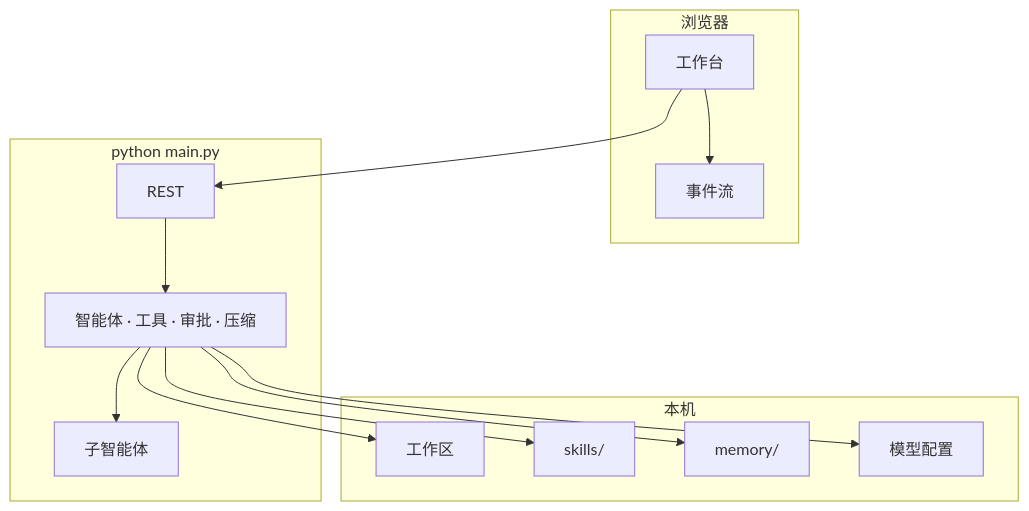
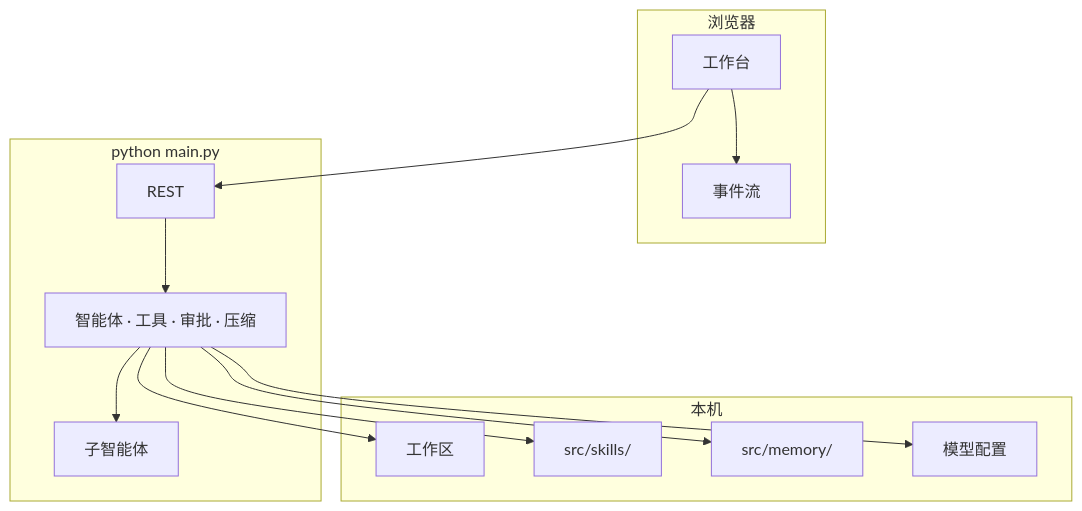
The diagram in README.md (GQQI/Sidekick), drawn with Mermaid before and after one commit. The commit also changed other lines of this file and 9 other files, not shown here.

````diff
--- a/README.md
+++ b/README.md
@@ -96,26 +96,26 @@
 ```mermaid
 flowchart TB
   subgraph Client["浏览器"]
     UI["工作台"]
     SSE["事件流"]
   end
   subgraph Server["python main.py"]
     API["REST"]
     Agent["智能体 · 工具 · 审批 · 压缩"]
     Child["子智能体"]
   end
   subgraph Disk["本机"]
     WS["工作区"]
-    Skills["skills/"]
-    Memory["memory/"]
+    Skills["src/skills/"]
+    Memory["src/memory/"]
     Model["模型配置"]
   end
   UI --> API
   UI --> SSE
   API --> Agent
   Agent --> Child
   Agent --> WS
   Agent --> Skills
   Agent --> Memory
   Agent --> Model
 ```
````
